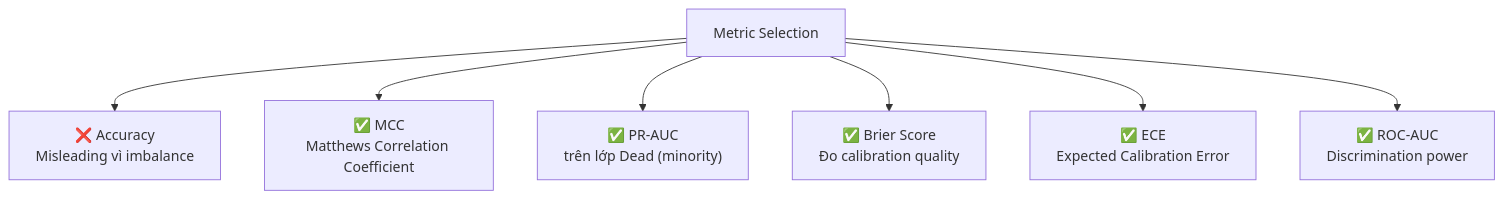
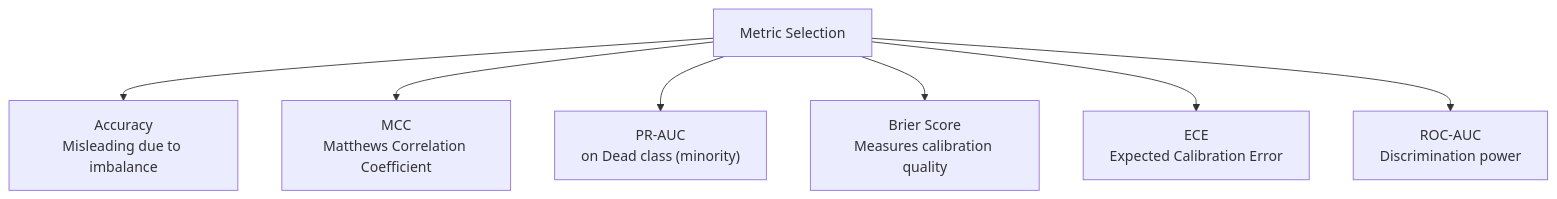
One commit to MinhQuangQu/AI66A_group_6 changed the second of 3 diagrams in data_processing_strategy.md. Above: the diagram before and after it, drawn with Mermaid. The commit also changed other lines of this file, not shown here.

````diff
--- a/data_processing_strategy.md
+++ b/data_processing_strategy.md
@@ -100,9 +100,9 @@
 ```mermaid
 graph TD
-    A["Metric Selection"] --> B["❌ Accuracy<br>Misleading vì imbalance"]
-    A --> C["✅ MCC<br>Matthews Correlation Coefficient"]
-    A --> D["✅ PR-AUC<br>trên lớp Dead (minority)"]
-    A --> E["✅ Brier Score<br>Đo calibration quality"]
-    A --> F["✅ ECE<br>Expected Calibration Error"]
-    A --> G["✅ ROC-AUC<br>Discrimination power"]
+    A["Metric Selection"] --> B["Accuracy<br>Misleading due to imbalance"]
+    A --> C["MCC<br>Matthews Correlation Coefficient"]
+    A --> D["PR-AUC<br>on Dead class (minority)"]
+    A --> E["Brier Score<br>Measures calibration quality"]
+    A --> F["ECE<br>Expected Calibration Error"]
+    A --> G["ROC-AUC<br>Discrimination power"]
 ```
````
